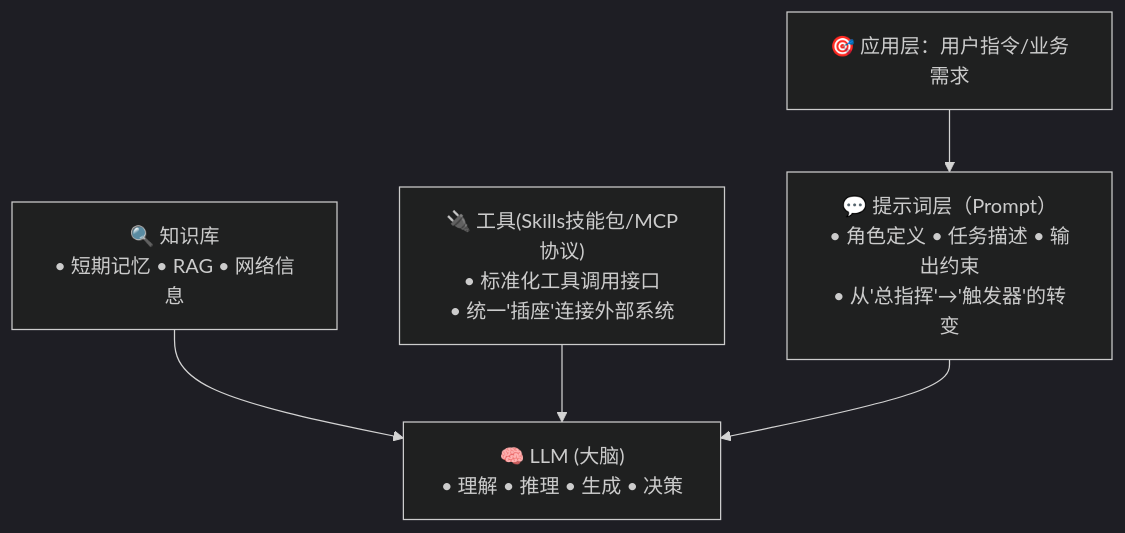
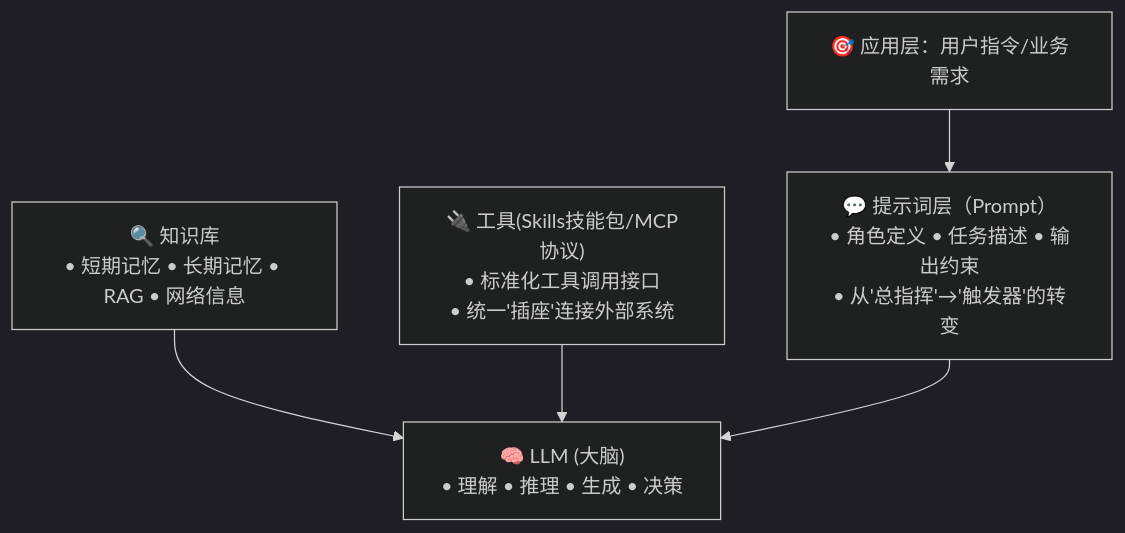
The first of 4 diagrams in note/11.ai/training/lession1/README.md (wb04307201/wb04307201), drawn with Mermaid (dark theme) before and after one commit.

Commit message:
docs(note): 更新知识库概念说明
- 在知识库中添加长期记忆概念
- 完善知识库的记忆机制描述

````diff
--- a/note/11.ai/training/lession1/README.md
+++ b/note/11.ai/training/lession1/README.md
@@ -14,16 +14,16 @@
 ```mermaid
 graph TD
     A["🎯 应用层：用户指令/业务需求"]
     
     B1["💬 提示词层（Prompt）<br/>• 角色定义 • 任务描述 • 输出约束<br/>• 从'总指挥'→'触发器'的转变"]
     
-    B2["🔍 知识库<br/>• 短期记忆 • RAG • 网络信息"]
+    B2["🔍 知识库<br/>• 短期记忆 • 长期记忆 • RAG • 网络信息"]
     B3["🔌 工具(Skills技能包/MCP协议)<br/>• 标准化工具调用接口<br/>• 统一'插座'连接外部系统"]
     
     C["🧠 LLM (大脑)<br/>• 理解 • 推理 • 生成 • 决策"]
     
     A --> B1
     B2 --> C
     B3 --> C
     B1 --> C
 ```
````
